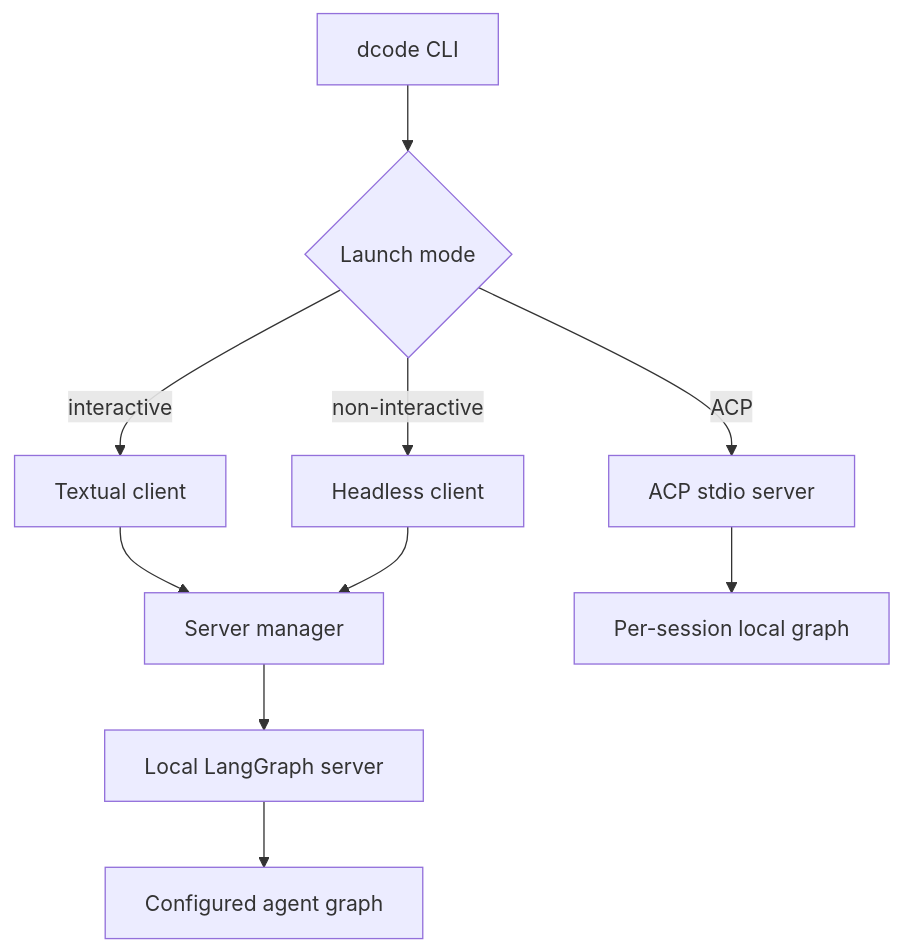
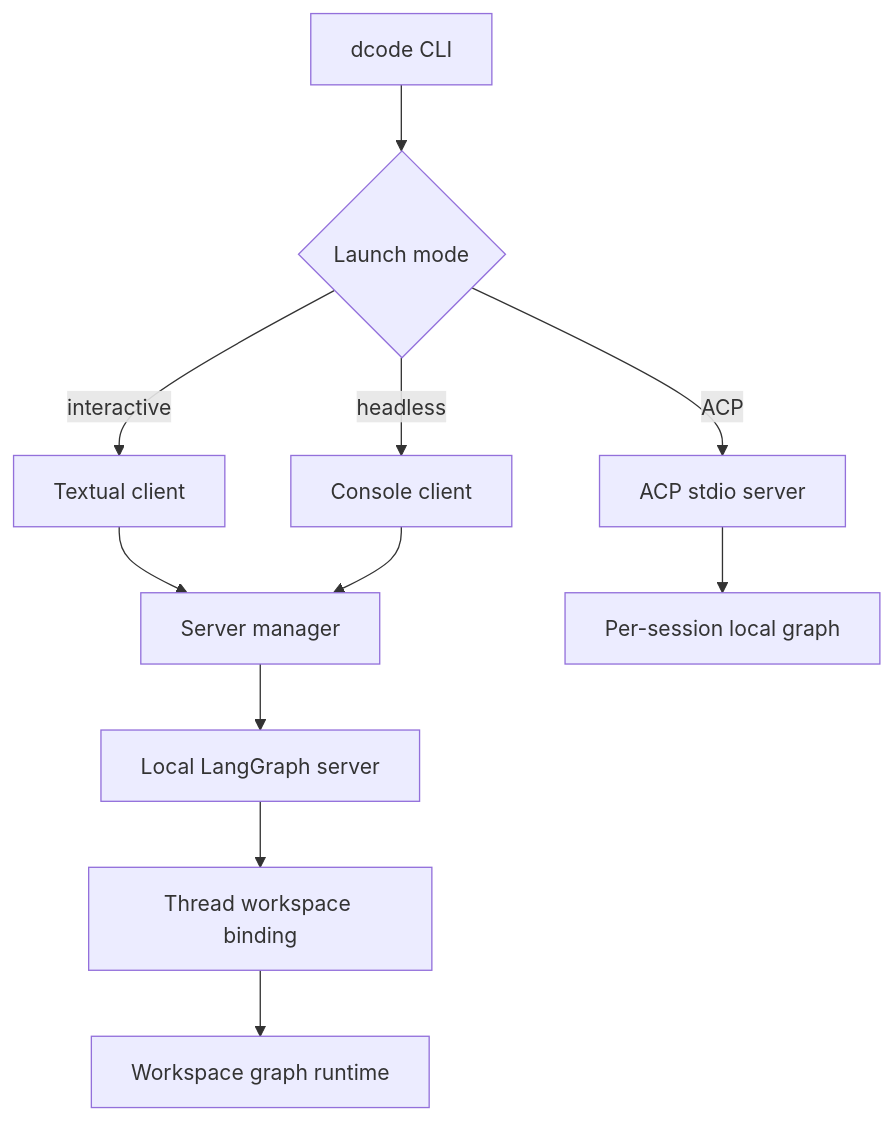
Before and after one commit to langchain-ai/deepagents: the diagram in openwiki/architecture/code-agent.md, drawn with Mermaid. The commit also changed other lines of this file and 55 other files, not shown here.

````diff
--- a/openwiki/architecture/code-agent.md
+++ b/openwiki/architecture/code-agent.md
@@ -45,12 +57,13 @@
 ```mermaid
 flowchart TD
-    CLI["dcode CLI"] --> Select{"Launch mode"}
-    Select -->|"interactive"| TUI["Textual client"]
-    Select -->|"non-interactive"| Headless["Headless client"]
+    CLI["dcode CLI"] --> Mode{"Launch mode"}
+    Mode -->|"interactive"| TUI["Textual client"]
+    Mode -->|"headless"| Headless["Console client"]
     TUI --> Manager["Server manager"]
     Headless --> Manager
     Manager --> Server["Local LangGraph server"]
-    Server --> Graph["Configured agent graph"]
-    Select -->|"ACP"| ACP["ACP stdio server"]
+    Server --> Bind["Thread workspace binding"]
+    Bind --> Runtime["Workspace graph runtime"]
+    Mode -->|"ACP"| ACP["ACP stdio server"]
     ACP --> LocalGraph["Per-session local graph"]
 ```
````
